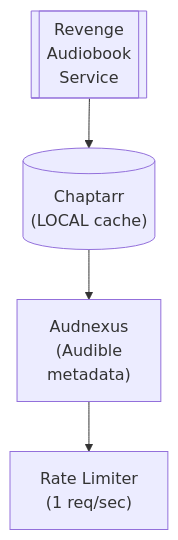
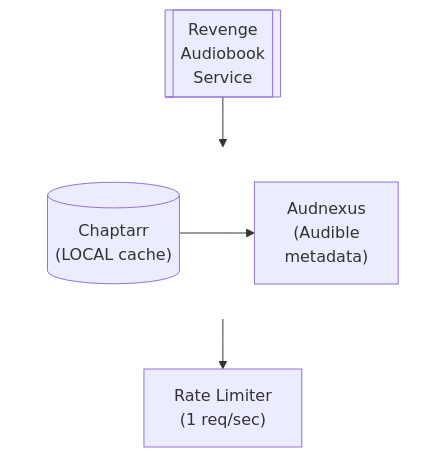
The diagram in docs/dev/design/integrations/metadata/books/AUDIBLE.md (lusoris/revenge), drawn with Mermaid before and after one commit. The commit also changed 210 other files, not shown here.

First line of the commit message:
feat(docs): Add horizontal layout support for Mermaid diagrams

````diff
--- a/docs/dev/design/integrations/metadata/books/AUDIBLE.md
+++ b/docs/dev/design/integrations/metadata/books/AUDIBLE.md
@@ -57,10 +57,16 @@
 ```mermaid
 flowchart TD
     node1[["Revenge<br/>Audiobook<br/>Service"]]
-    node2[("Chaptarr<br/>(LOCAL cache)")]
-    node3["Audnexus<br/>(Audible<br/>metadata)"]
+    subgraph row1[ ]
+        direction LR
+        node2[("Chaptarr<br/>(LOCAL cache)")]
+        node3["Audnexus<br/>(Audible<br/>metadata)"]
+    end
     node4["Rate Limiter<br/>(1 req/sec)"]
     node2 --> node3
     node1 --> node2
     node3 --> node4
+
+    %% Hide row subgraph borders
+    style row1 fill:transparent,stroke:transparent
 ```
````
